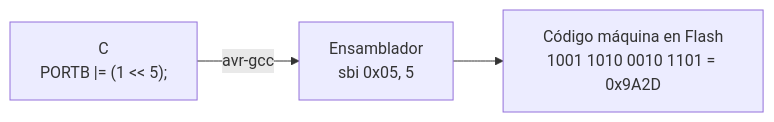
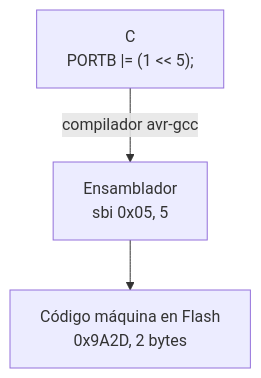
One commit to AlejandroTatum/sistemas-digitales-unl changed the fourth of 7 diagrams in unidad-1/apuntes/02-bits-y-es-mapeada-en-memoria.md. Above: the diagram before and after it, drawn with Mermaid. The commit also changed other lines of this file and 16 other files, not shown here.

````diff
--- a/unidad-1/apuntes/02-bits-y-es-mapeada-en-memoria.md
+++ b/unidad-1/apuntes/02-bits-y-es-mapeada-en-memoria.md
@@ -121,5 +114,5 @@
 ```mermaid
-flowchart LR
-    C["C<br/>PORTB |= (1 #lt;#lt; 5);"] -->|"avr-gcc"| A["Ensamblador<br/>sbi 0x05, 5"]
-    A --> M["Código máquina en Flash<br/>1001 1010 0010 1101 = 0x9A2D"]
+flowchart TD
+    C["C<br/>PORTB |= (1 #lt;#lt; 5);"] -->|"compilador avr-gcc"| A["Ensamblador<br/>sbi 0x05, 5"]
+    A --> M["Código máquina en Flash<br/>0x9A2D, 2 bytes"]
 ```
````
